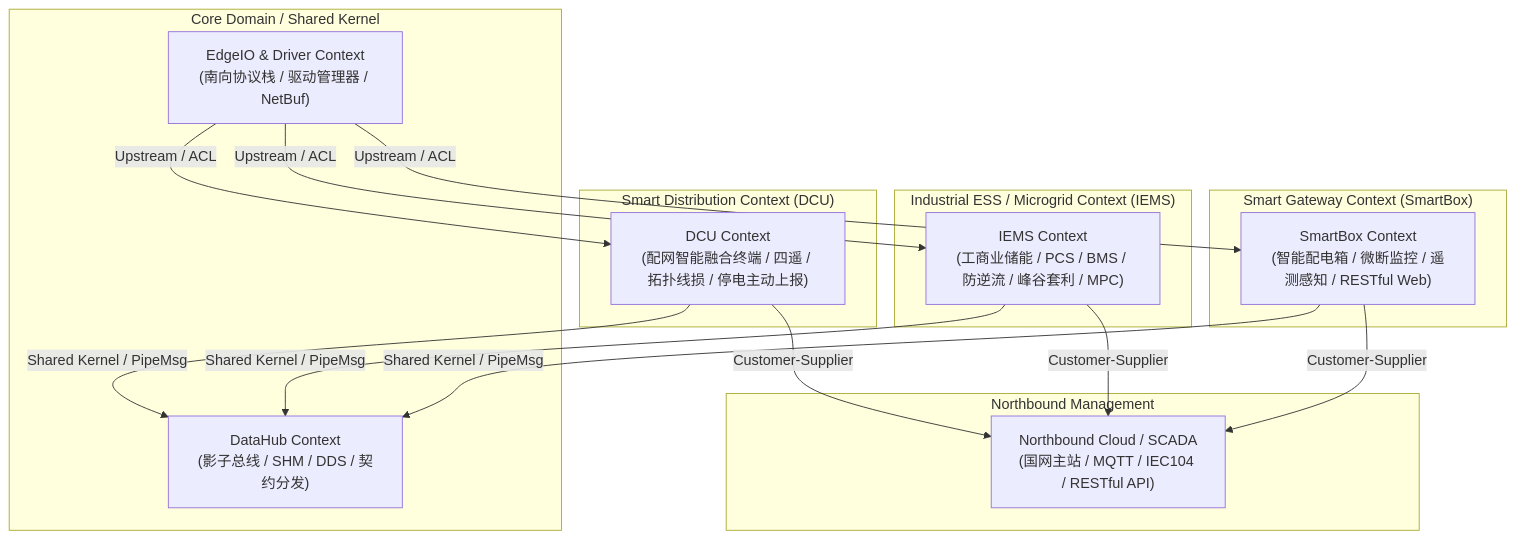
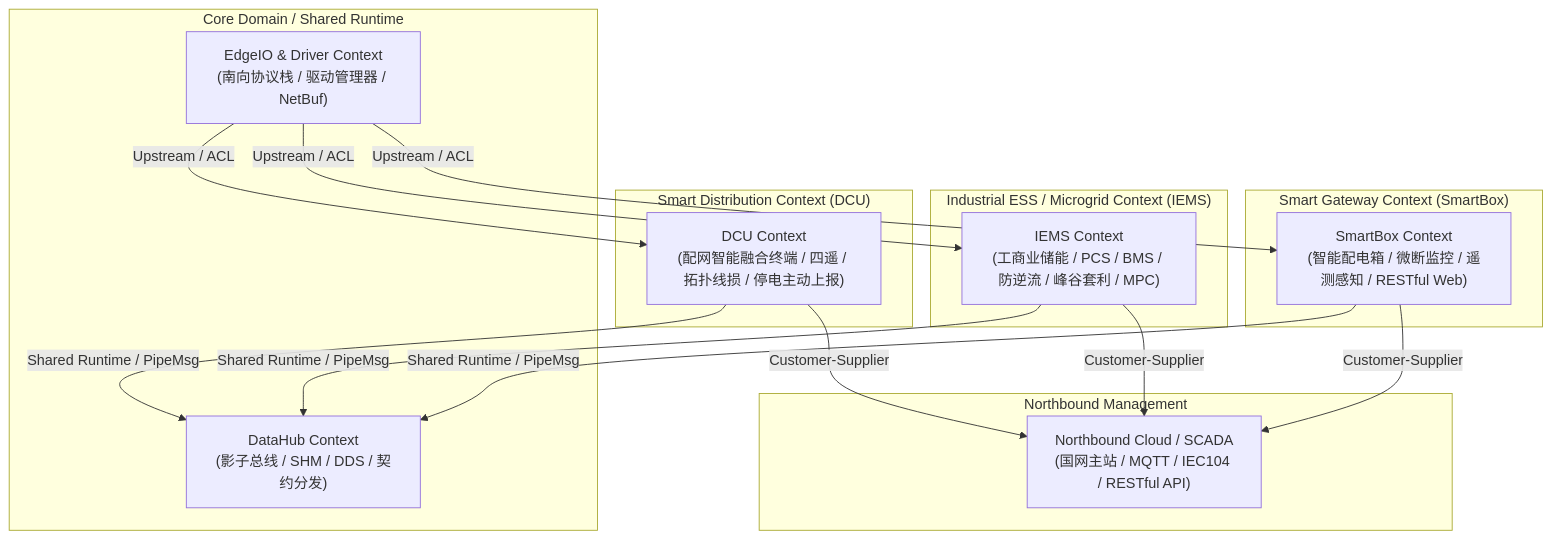
The diagram in CONTEXT-MAP.md (cautonwong/EdgeC), drawn with Mermaid before and after one commit. The commit also changed other lines of this file and 110 other files, not shown here.

````diff
--- a/CONTEXT-MAP.md
+++ b/CONTEXT-MAP.md
@@ -13,36 +13,36 @@
 ```mermaid
 graph TD
-    subgraph "Core Domain / Shared Kernel"
+    subgraph "Core Domain / Shared Runtime"
         DataHub["DataHub Context<br/>(影子总线 / SHM / DDS / 契约分发)"]
         EdgeIO["EdgeIO & Driver Context<br/>(南向协议栈 / 驱动管理器 / NetBuf)"]
     end
 
     subgraph "Smart Distribution Context (DCU)"
         DCU["DCU Context<br/>(配网智能融合终端 / 四遥 / 拓扑线损 / 停电主动上报)"]
     end
 
     subgraph "Industrial ESS / Microgrid Context (IEMS)"
         IEMS["IEMS Context<br/>(工商业储能 / PCS / BMS / 防逆流 / 峰谷套利 / MPC)"]
     end
 
     subgraph "Smart Gateway Context (SmartBox)"
         SmartBox["SmartBox Context<br/>(智能配电箱 / 微断监控 / 遥测感知 / RESTful Web)"]
     end
 
     subgraph "Northbound Management"
         Cloud["Northbound Cloud / SCADA<br/>(国网主站 / MQTT / IEC104 / RESTful API)"]
     end
 
     %% Relationships
-    DCU -->|Shared Kernel / PipeMsg| DataHub
-    IEMS -->|Shared Kernel / PipeMsg| DataHub
-    SmartBox -->|Shared Kernel / PipeMsg| DataHub
+    DCU -->|Shared Runtime / PipeMsg| DataHub
+    IEMS -->|Shared Runtime / PipeMsg| DataHub
+    SmartBox -->|Shared Runtime / PipeMsg| DataHub
 
     EdgeIO -->|Upstream / ACL| DCU
     EdgeIO -->|Upstream / ACL| IEMS
     EdgeIO -->|Upstream / ACL| SmartBox
 
     DCU -->|Customer-Supplier| Cloud
     IEMS -->|Customer-Supplier| Cloud
     SmartBox -->|Customer-Supplier| Cloud
 ```
````
